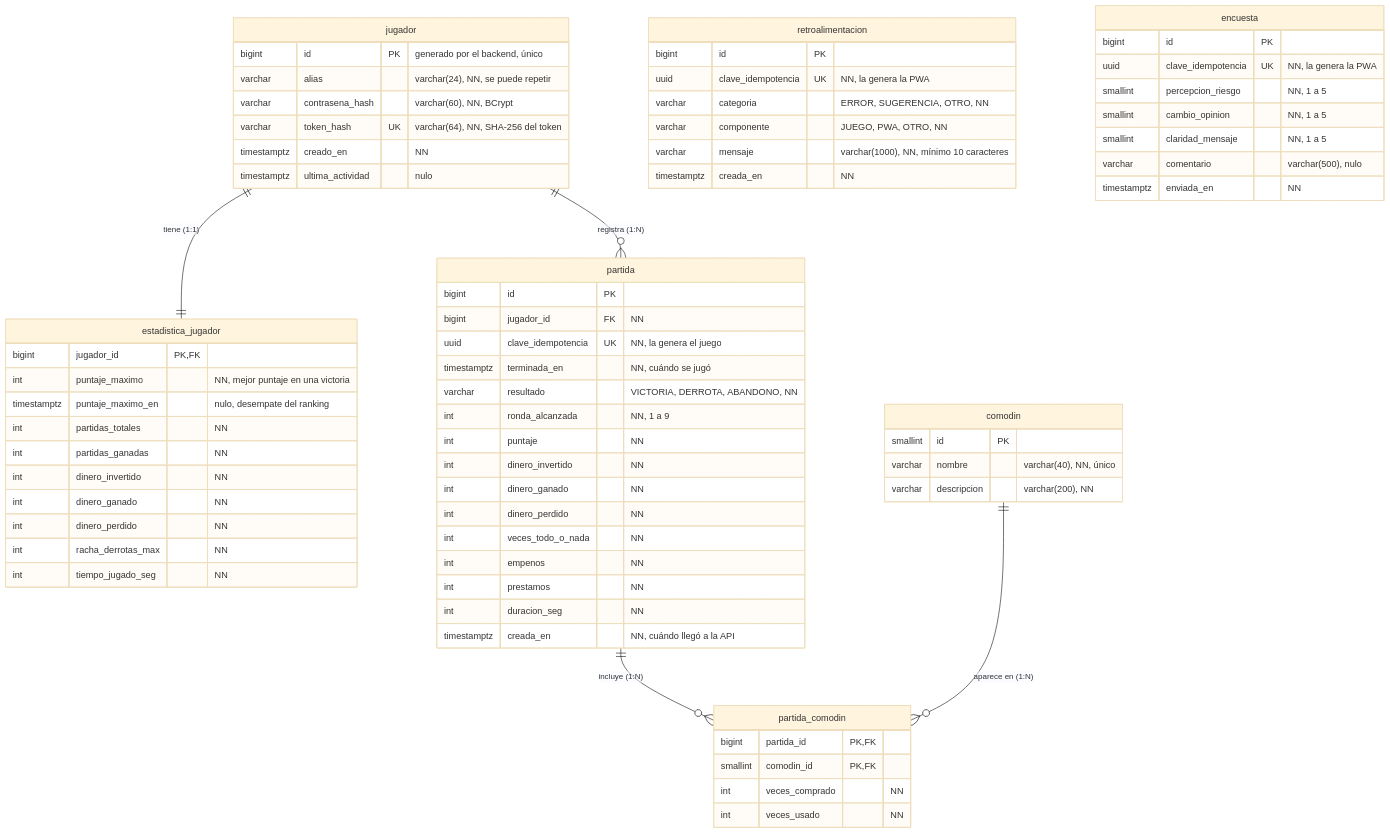
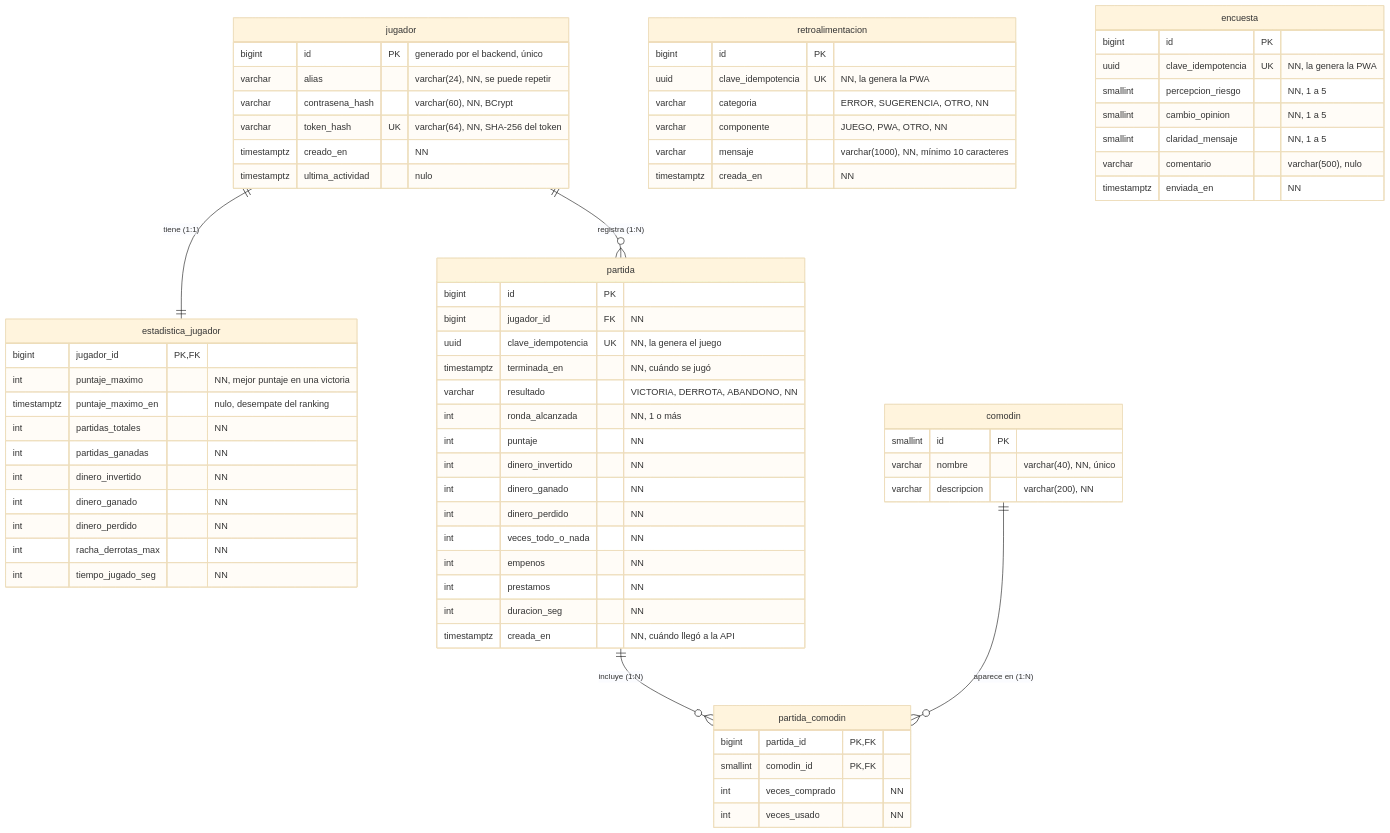
Before and after one commit to Anuma-Games/fat-fish-api: the diagram in docs/diagramas/modelo-datos.mmd, drawn with Mermaid (base theme). The commit also changed 1 other file, not shown here.

```diff
--- a/docs/diagramas/modelo-datos.mmd
+++ b/docs/diagramas/modelo-datos.mmd
@@ -1,79 +1,79 @@
 %% Simbología: PK = llave primaria, FK = llave foránea, UK = valor único,
 %% NN = obligatorio (not null), nulo = opcional, varchar(n) = texto de hasta n caracteres.
 erDiagram
     jugador ||--|| estadistica_jugador : "tiene (1:1)"
     jugador ||--o{ partida : "registra (1:N)"
     partida ||--o{ partida_comodin : "incluye (1:N)"
     comodin ||--o{ partida_comodin : "aparece en (1:N)"
 
     jugador {
         bigint id PK "generado por el backend, único"
         varchar alias "varchar(24), NN, se puede repetir"
         varchar contrasena_hash "varchar(60), NN, BCrypt"
         varchar token_hash UK "varchar(64), NN, SHA-256 del token"
         timestamptz creado_en "NN"
         timestamptz ultima_actividad "nulo"
     }
 
     estadistica_jugador {
         bigint jugador_id PK, FK
         int puntaje_maximo "NN, mejor puntaje en una victoria"
         timestamptz puntaje_maximo_en "nulo, desempate del ranking"
         int partidas_totales "NN"
         int partidas_ganadas "NN"
         int dinero_invertido "NN"
         int dinero_ganado "NN"
         int dinero_perdido "NN"
         int racha_derrotas_max "NN"
         int tiempo_jugado_seg "NN"
     }
 
     partida {
         bigint id PK
         bigint jugador_id FK "NN"
         uuid clave_idempotencia UK "NN, la genera el juego"
         timestamptz terminada_en "NN, cuándo se jugó"
         varchar resultado "VICTORIA, DERROTA, ABANDONO, NN"
-        int ronda_alcanzada "NN, 1 a 9"
+        int ronda_alcanzada "NN, 1 o más"
         int puntaje "NN"
         int dinero_invertido "NN"
         int dinero_ganado "NN"
         int dinero_perdido "NN"
         int veces_todo_o_nada "NN"
         int empenos "NN"
         int prestamos "NN"
         int duracion_seg "NN"
         timestamptz creada_en "NN, cuándo llegó a la API"
     }
 
     comodin {
         smallint id PK
         varchar nombre "varchar(40), NN, único"
         varchar descripcion "varchar(200), NN"
     }
 
     partida_comodin {
         bigint partida_id PK, FK
         smallint comodin_id PK, FK
         int veces_comprado "NN"
         int veces_usado "NN"
     }
 
     retroalimentacion {
         bigint id PK
         uuid clave_idempotencia UK "NN, la genera la PWA"
         varchar categoria "ERROR, SUGERENCIA, OTRO, NN"
         varchar componente "JUEGO, PWA, OTRO, NN"
         varchar mensaje "varchar(1000), NN, mínimo 10 caracteres"
         timestamptz creada_en "NN"
     }
 
     encuesta {
         bigint id PK
         uuid clave_idempotencia UK "NN, la genera la PWA"
         smallint percepcion_riesgo "NN, 1 a 5"
         smallint cambio_opinion "NN, 1 a 5"
         smallint claridad_mensaje "NN, 1 a 5"
         varchar comentario "varchar(500), nulo"
         timestamptz enviada_en "NN"
     }
```
